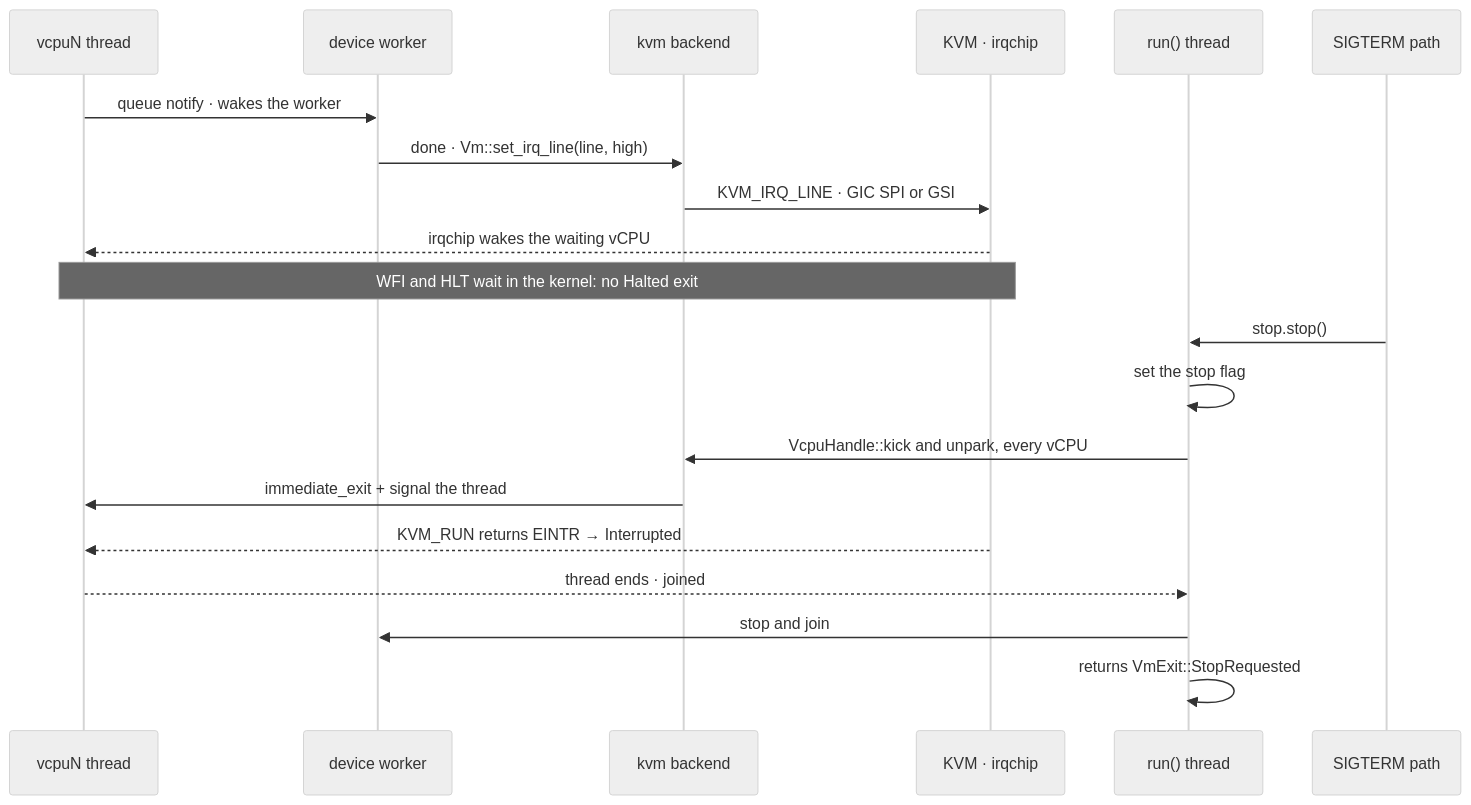
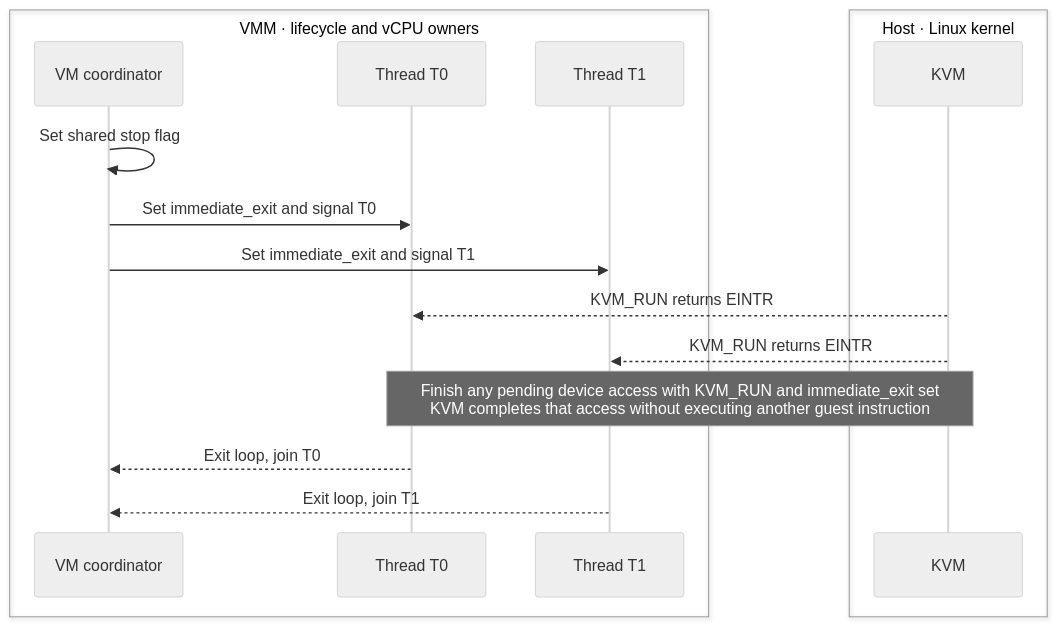
Before and after one commit to boxlite-ai/boxlite: diagram 11 of 14 in docs/architecture/vmm/kvm.md, drawn with Mermaid (neutral theme). The commit also changed other lines of this file and 3 other files, not shown here.

````diff
--- a/docs/architecture/vmm/kvm.md
+++ b/docs/architecture/vmm/kvm.md
@@ -271,34 +316,26 @@
 ```mermaid
 sequenceDiagram
-  participant vcpu as vcpuN thread
-  participant worker as device worker
-  participant backend as kvm backend
-  participant kvm as KVM · irqchip
-  participant runner as run() thread
-  participant shim as SIGTERM path
-  %% edge:i_notify
-  vcpu->>worker: queue notify · wakes the worker
-  %% edge:i_set_line
-  worker->>backend: done · Vm::set_irq_line(line, high)
-  %% edge:i_irq_line
-  backend->>kvm: KVM_IRQ_LINE · GIC SPI or GSI
-  %% edge:i_wake
-  kvm-->>vcpu: irqchip wakes the waiting vCPU
-  Note over vcpu,kvm: WFI and HLT wait in the kernel: no Halted exit
-  %% edge:i_stop
-  shim->>runner: stop.stop()
-  %% edge:i_flag
-  runner->>runner: set the stop flag
-  %% edge:i_kick
-  runner->>backend: VcpuHandle::kick and unpark, every vCPU
-  %% edge:i_immediate
-  backend->>vcpu: immediate_exit + signal the thread
-  %% edge:i_eintr
-  kvm-->>vcpu: KVM_RUN returns EINTR → Interrupted
-  %% edge:i_join
-  vcpu-->>runner: thread ends · joined
-  %% edge:i_workers
-  runner->>worker: stop and join
-  %% edge:i_return
-  runner->>runner: returns VmExit::StopRequested
+  box VMM · lifecycle and vCPU owners
+    participant coordinator as VM coordinator
+    participant thread0 as Thread T0
+    participant thread1 as Thread T1
+  end
+  box Host · Linux kernel
+    participant host_api as KVM
+  end
+  %% edge:kvm_12_e1
+  coordinator->>coordinator: Set shared stop flag
+  %% edge:kvm_12_e2
+  coordinator->>thread0: Set immediate_exit and signal T0
+  %% edge:kvm_12_e3
+  coordinator->>thread1: Set immediate_exit and signal T1
+  %% edge:kvm_12_e4
+  host_api-->>thread0: KVM_RUN returns EINTR
+  %% edge:kvm_12_e5
+  host_api-->>thread1: KVM_RUN returns EINTR
+  Note over thread0,host_api: Finish any pending device access with KVM_RUN and immediate_exit set<br/>KVM completes that access without executing another guest instruction
+  %% edge:kvm_12_e6
+  thread0-->>coordinator: Exit loop, join T0
+  %% edge:kvm_12_e7
+  thread1-->>coordinator: Exit loop, join T1
 ```
````
